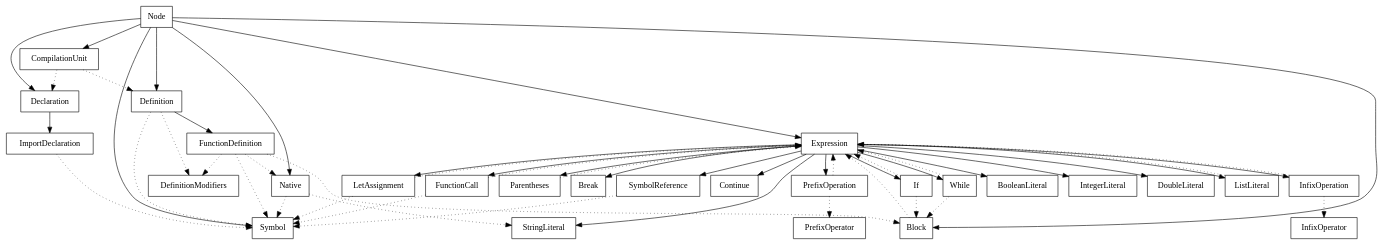
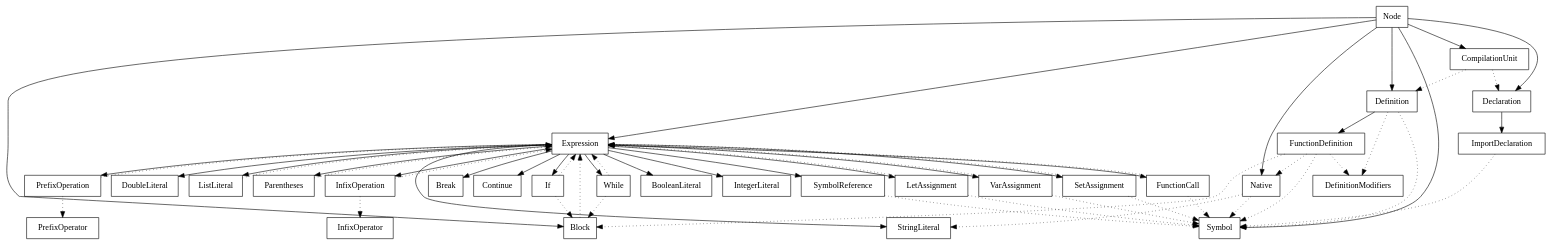
The diagram in ast/src/main/graph/types.dot (gay-pizza/pork), drawn with Graphviz before and after one commit. The commit also changed 19 other files, not shown here.

```diff
--- a/ast/src/main/graph/types.dot
+++ b/ast/src/main/graph/types.dot
@@ -1,81 +1,89 @@
 digraph A {
   type_Node [shape=box,label="Node"]
   type_Expression [shape=box,label="Expression"]
   type_Symbol [shape=box,label="Symbol"]
   type_Declaration [shape=box,label="Declaration"]
   type_Definition [shape=box,label="Definition"]
   type_DefinitionModifiers [shape=box,label="DefinitionModifiers"]
   type_Block [shape=box,label="Block"]
   type_CompilationUnit [shape=box,label="CompilationUnit"]
   type_LetAssignment [shape=box,label="LetAssignment"]
+  type_VarAssignment [shape=box,label="VarAssignment"]
+  type_SetAssignment [shape=box,label="SetAssignment"]
   type_InfixOperator [shape=box,label="InfixOperator"]
   type_InfixOperation [shape=box,label="InfixOperation"]
   type_BooleanLiteral [shape=box,label="BooleanLiteral"]
   type_FunctionCall [shape=box,label="FunctionCall"]
   type_FunctionDefinition [shape=box,label="FunctionDefinition"]
   type_If [shape=box,label="If"]
   type_ImportDeclaration [shape=box,label="ImportDeclaration"]
   type_IntegerLiteral [shape=box,label="IntegerLiteral"]
   type_DoubleLiteral [shape=box,label="DoubleLiteral"]
   type_ListLiteral [shape=box,label="ListLiteral"]
   type_Parentheses [shape=box,label="Parentheses"]
   type_PrefixOperator [shape=box,label="PrefixOperator"]
   type_PrefixOperation [shape=box,label="PrefixOperation"]
   type_StringLiteral [shape=box,label="StringLiteral"]
   type_SymbolReference [shape=box,label="SymbolReference"]
   type_While [shape=box,label="While"]
   type_Break [shape=box,label="Break"]
   type_Continue [shape=box,label="Continue"]
   type_Native [shape=box,label="Native"]
   type_Node -> type_Expression
   type_Node -> type_Symbol
   type_Node -> type_Declaration
   type_Node -> type_Definition
   type_Node -> type_Block
   type_Node -> type_CompilationUnit
   type_Node -> type_Native
   type_Expression -> type_LetAssignment
+  type_Expression -> type_VarAssignment
+  type_Expression -> type_SetAssignment
   type_Expression -> type_InfixOperation
   type_Expression -> type_BooleanLiteral
   type_Expression -> type_FunctionCall
   type_Expression -> type_If
   type_Expression -> type_IntegerLiteral
   type_Expression -> type_DoubleLiteral
   type_Expression -> type_ListLiteral
   type_Expression -> type_Parentheses
   type_Expression -> type_PrefixOperation
   type_Expression -> type_StringLiteral
   type_Expression -> type_SymbolReference
   type_Expression -> type_While
   type_Expression -> type_Break
   type_Expression -> type_Continue
   type_Definition -> type_FunctionDefinition
   type_Declaration -> type_ImportDeclaration
   type_Definition -> type_Symbol [style=dotted]
   type_Definition -> type_DefinitionModifiers [style=dotted]
   type_Block -> type_Expression [style=dotted]
   type_CompilationUnit -> type_Declaration [style=dotted]
   type_CompilationUnit -> type_Definition [style=dotted]
   type_LetAssignment -> type_Symbol [style=dotted]
   type_LetAssignment -> type_Expression [style=dotted]
+  type_VarAssignment -> type_Symbol [style=dotted]
+  type_VarAssignment -> type_Expression [style=dotted]
+  type_SetAssignment -> type_Symbol [style=dotted]
+  type_SetAssignment -> type_Expression [style=dotted]
   type_InfixOperation -> type_Expression [style=dotted]
   type_InfixOperation -> type_InfixOperator [style=dotted]
   type_FunctionCall -> type_Symbol [style=dotted]
   type_FunctionCall -> type_Expression [style=dotted]
   type_FunctionDefinition -> type_DefinitionModifiers [style=dotted]
   type_FunctionDefinition -> type_Symbol [style=dotted]
   type_FunctionDefinition -> type_Block [style=dotted]
   type_FunctionDefinition -> type_Native [style=dotted]
   type_If -> type_Expression [style=dotted]
   type_If -> type_Block [style=dotted]
   type_ImportDeclaration -> type_Symbol [style=dotted]
   type_ListLiteral -> type_Expression [style=dotted]
   type_Parentheses -> type_Expression [style=dotted]
   type_PrefixOperation -> type_PrefixOperator [style=dotted]
   type_PrefixOperation -> type_Expression [style=dotted]
   type_SymbolReference -> type_Symbol [style=dotted]
   type_While -> type_Expression [style=dotted]
   type_While -> type_Block [style=dotted]
   type_Native -> type_Symbol [style=dotted]
   type_Native -> type_StringLiteral [style=dotted]
 }
```
